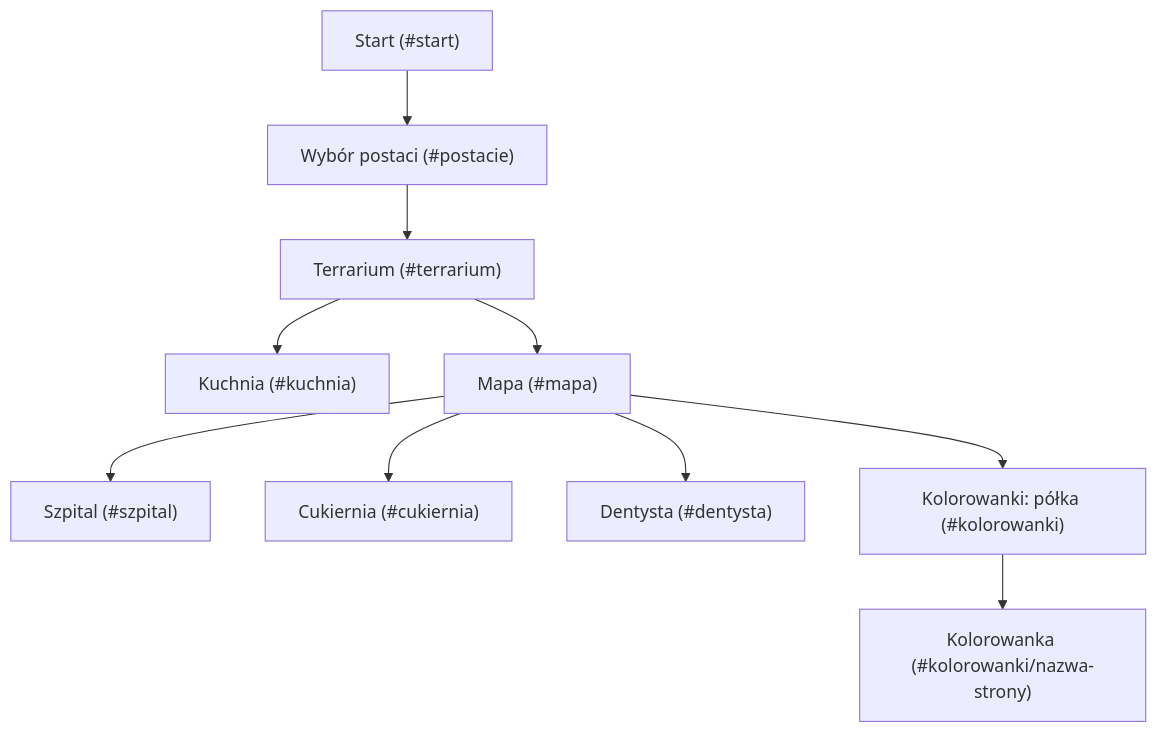
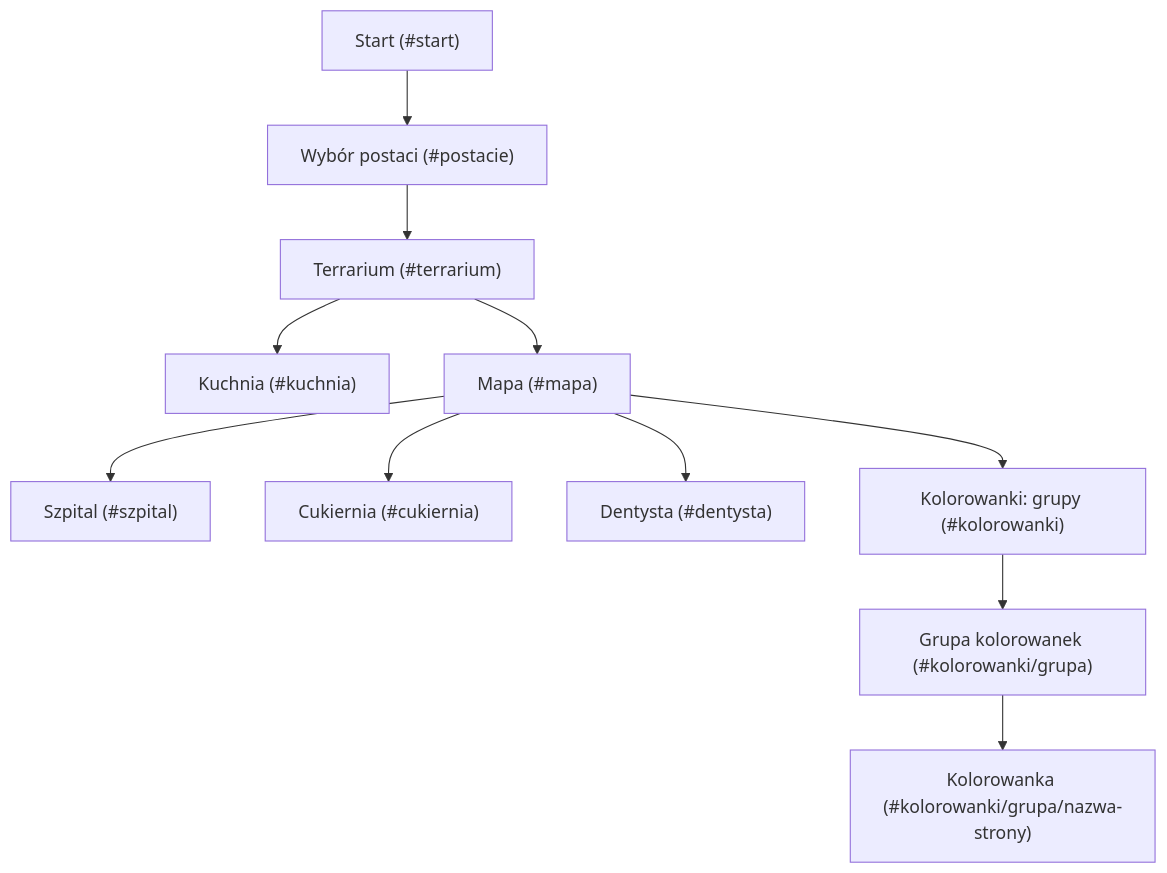
Before and after one commit to matyldawarp/swiat-siostr: the diagram in README.md, drawn with Mermaid. The commit also changed 16 other files, not shown here.

First line of the commit message:
Piec kolorowanek z Wednesday i podzial polki na grupy Looney Tunes i Wednesday

````diff
--- a/README.md
+++ b/README.md
@@ -29,12 +29,13 @@
 ```mermaid
 flowchart TD
     start["Start (#start)"] --> postacie["Wybór postaci (#postacie)"]
     postacie --> terrarium["Terrarium (#terrarium)"]
     terrarium --> kuchnia["Kuchnia (#kuchnia)"]
     terrarium --> mapa["Mapa (#mapa)"]
     mapa --> szpital["Szpital (#szpital)"]
     mapa --> cukiernia["Cukiernia (#cukiernia)"]
     mapa --> dentysta["Dentysta (#dentysta)"]
-    mapa --> kolorowanki["Kolorowanki: półka (#kolorowanki)"]
-    kolorowanki --> strona["Kolorowanka (#kolorowanki/nazwa-strony)"]
+    mapa --> kolorowanki["Kolorowanki: grupy (#kolorowanki)"]
+    kolorowanki --> grupa["Grupa kolorowanek (#kolorowanki/grupa)"]
+    grupa --> strona["Kolorowanka (#kolorowanki/grupa/nazwa-strony)"]
 ```
````
